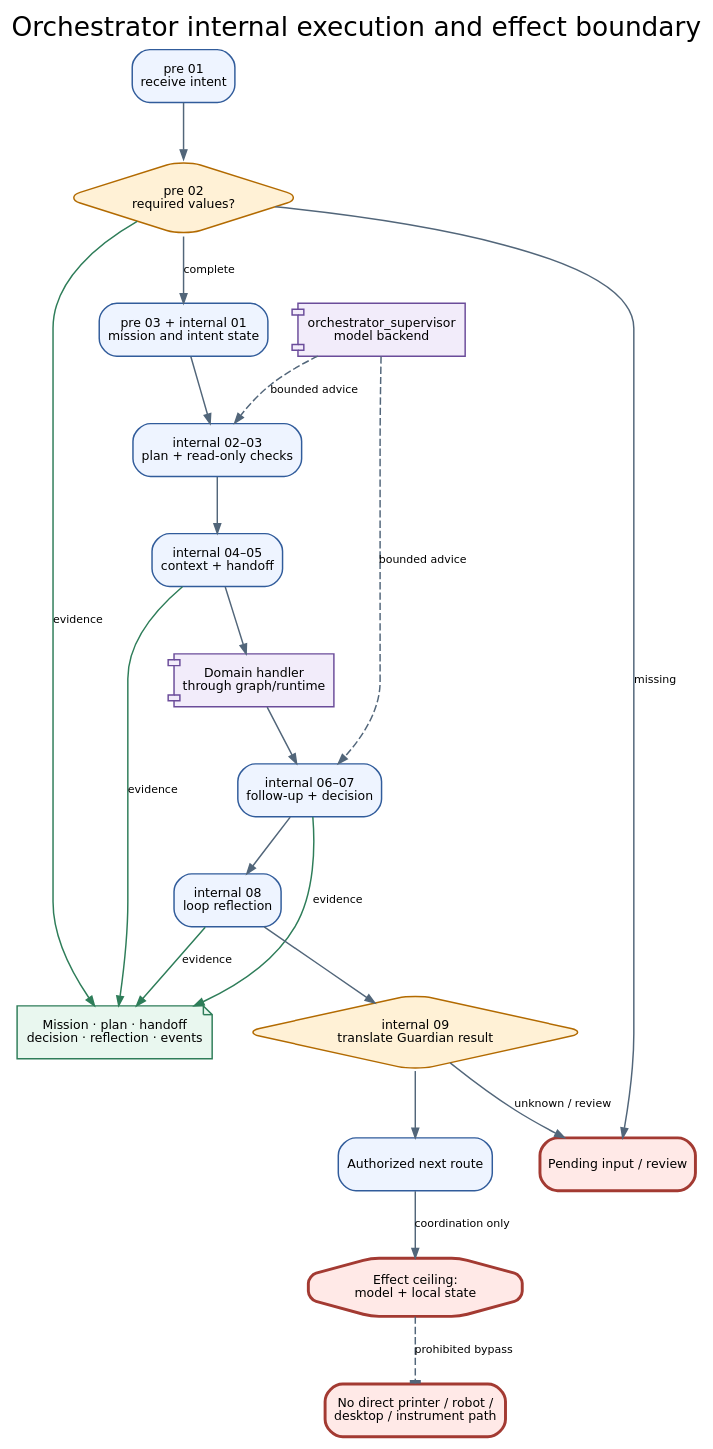
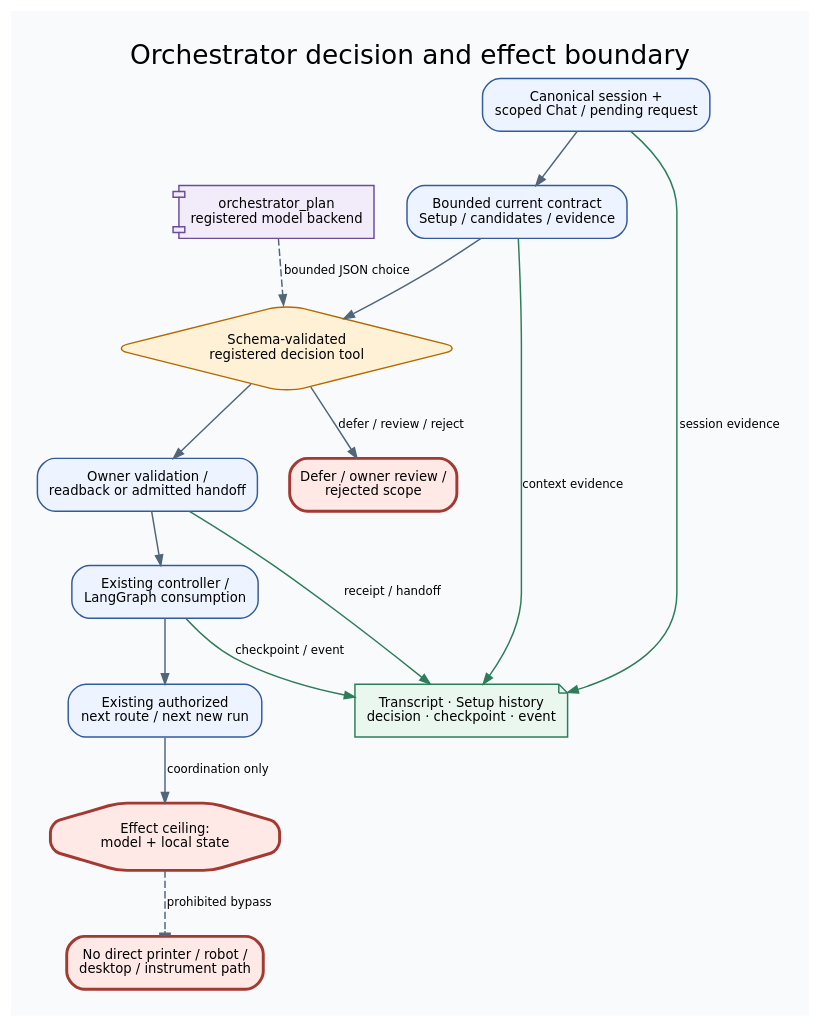
The diagram in docs/agents/assets/figures/orchestrator_02_execution_effect_boundary.dot (JIN9811/autonomous_researcher), drawn with Graphviz before and after one commit. The commit also changed 91 other files, not shown here.

Commit message:
feat(orchestrator): add dynamic setup, bounded decisions and readable run IDs

```diff
--- a/docs/agents/assets/figures/orchestrator_02_execution_effect_boundary.dot
+++ b/docs/agents/assets/figures/orchestrator_02_execution_effect_boundary.dot
@@ -1,35 +1,28 @@
 digraph orchestrator_execution_effect_boundary {
-  graph [rankdir=TB, bgcolor="transparent", pad="0.25", nodesep="0.28", ranksep="0.52", fontname="DejaVu Sans", label="Orchestrator internal execution and effect boundary", labelloc="t", fontsize=18];
-  node [shape=box, style="rounded,filled", fillcolor="#EEF4FF", color="#315C9B", fontname="DejaVu Sans", fontsize=8.5, margin="0.09,0.06"];
-  edge [color="#52667A", fontname="DejaVu Sans", fontsize=7.5, arrowsize=0.65];
+  graph [rankdir=TB, bgcolor="#F8FAFC", pad="0.25", nodesep="0.30", ranksep="0.50", fontname="DejaVu Sans", label="Orchestrator decision and effect boundary", labelloc="t", fontsize=18];
+  node [shape=box, style="rounded,filled", fillcolor="#EEF4FF", color="#315C9B", fontname="DejaVu Sans", fontsize=9, margin="0.10,0.07"];
+  edge [color="#52667A", fontname="DejaVu Sans", fontsize=8, arrowsize=0.7];
 
-  receive [label="pre 01\nreceive intent"];
-  required [label="pre 02\nrequired values?", shape=diamond, fillcolor="#FFF1D6", color="#B26A00"];
-  mission [label="pre 03 + internal 01\nmission and intent state"];
-  plan [label="internal 02–03\nplan + read-only checks"];
-  context [label="internal 04–05\ncontext + handoff"];
-  followup [label="internal 06–07\nfollow-up + decision"];
-  reflection [label="internal 08\nloop reflection"];
-  translate [label="internal 09\ntranslate Guardian result", shape=diamond, fillcolor="#FFF1D6", color="#B26A00"];
-  model [label="orchestrator_supervisor\nmodel backend", shape=component, fillcolor="#F2ECFA", color="#6B4C9A"];
-  domain [label="Domain handler\nthrough graph/runtime", shape=component, fillcolor="#F2ECFA", color="#6B4C9A"];
-  evidence [label="Mission · plan · handoff\ndecision · reflection · events", shape=note, fillcolor="#E9F7EF", color="#2E7D59"];
-  pending [label="Pending input / review", fillcolor="#FFE9E7", color="#A33A32", penwidth=2];
-  route [label="Authorized next route"];
+  intake [label="Canonical session +\nscoped Chat / pending request"];
+  context [label="Bounded current contract\nSetup / candidates / evidence"];
+  decision [label="Schema-validated\nregistered decision tool", shape=diamond, fillcolor="#FFF1D6", color="#B26A00"];
+  owner [label="Owner validation /\nreadback or admitted handoff"];
+  runtime [label="Existing controller /\nLangGraph consumption"];
+  model [label="orchestrator_plan\nregistered model backend", shape=component, fillcolor="#F2ECFA", color="#6B4C9A"];
+  evidence [label="Transcript · Setup history\ndecision · checkpoint · event", shape=note, fillcolor="#E9F7EF", color="#2E7D59"];
+  pending [label="Defer / owner review /\nrejected scope", fillcolor="#FFE9E7", color="#A33A32", penwidth=2];
+  route [label="Existing authorized\nnext route / next new run"];
+  boundary [label="Effect ceiling:\nmodel + local state", shape=octagon, fillcolor="#FFE9E7", color="#A33A32", penwidth=2];
   no_device [label="No direct printer / robot /\ndesktop / instrument path", fillcolor="#FFE9E7", color="#A33A32", penwidth=2];
 
-  receive -> required;
-  required -> mission [label="complete"];
-  required -> pending [label="missing"];
-  mission -> plan -> context -> domain -> followup -> reflection -> translate -> route;
-  model -> plan [style=dashed, label="bounded advice"];
-  model -> followup [style=dashed, label="bounded advice"];
-  required -> evidence [label="evidence", color="#2E7D59"];
-  context -> evidence [label="evidence", color="#2E7D59"];
-  followup -> evidence [label="evidence", color="#2E7D59"];
-  reflection -> evidence [label="evidence", color="#2E7D59"];
-  translate -> pending [label="unknown / review"];
-  orchestrator_boundary [label="Effect ceiling:\nmodel + local state", shape=octagon, fillcolor="#FFE9E7", color="#A33A32", penwidth=2];
-  route -> orchestrator_boundary [label="coordination only"];
-  orchestrator_boundary -> no_device [style=dashed, arrowhead=tee, label="prohibited bypass"];
+  intake -> context;
+  context -> decision -> owner -> runtime -> route;
+  decision -> pending [label="defer / review / reject"];
+  model -> decision [style=dashed, label="bounded JSON choice"];
+  intake -> evidence [label="session evidence", color="#2E7D59"];
+  context -> evidence [label="context evidence", color="#2E7D59"];
+  owner -> evidence [label="receipt / handoff", color="#2E7D59"];
+  runtime -> evidence [label="checkpoint / event", color="#2E7D59"];
+  route -> boundary [label="coordination only"];
+  boundary -> no_device [style=dashed, arrowhead=tee, label="prohibited bypass"];
 }
```
